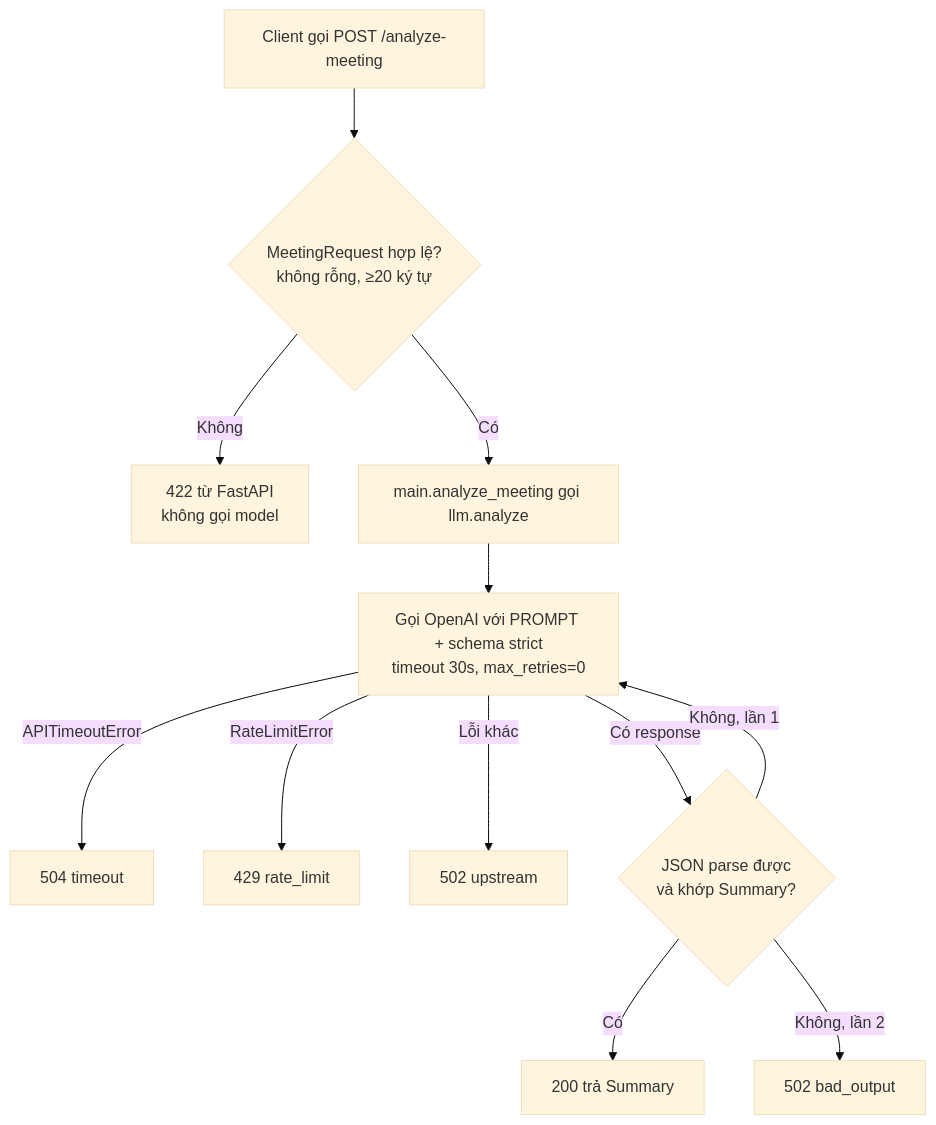
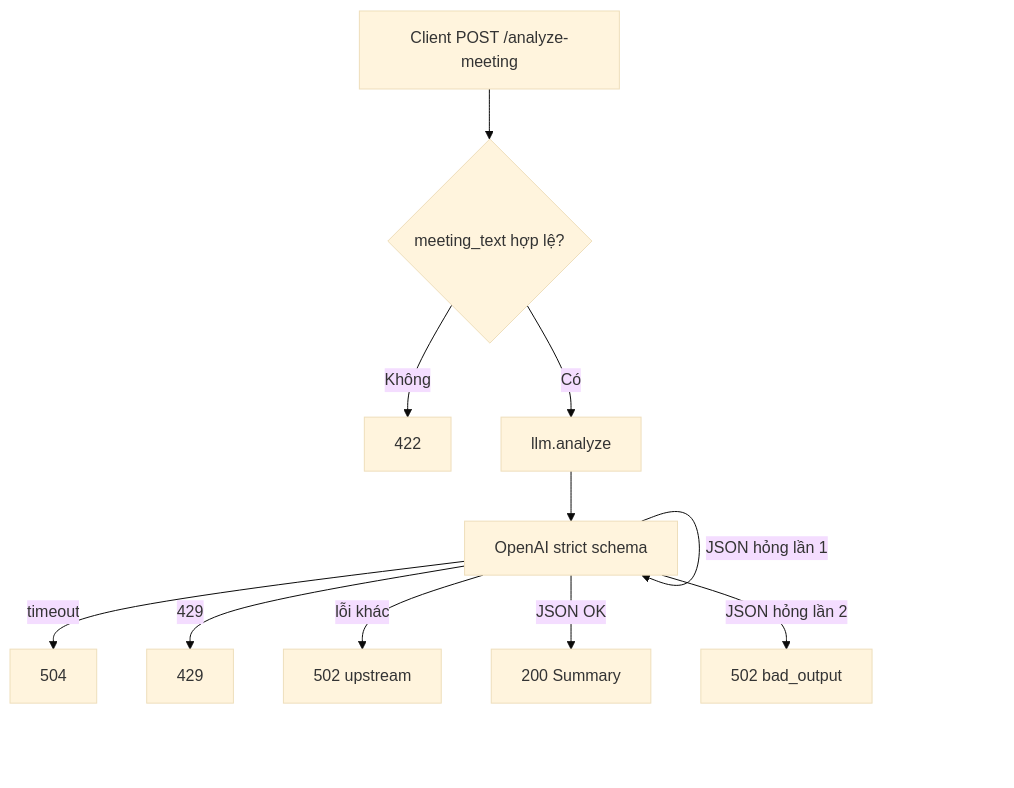
One commit to phungtran98/ai-delivery-assistant changed the diagram in evidence/w2/w2_walkthrough.md. Above: the diagram before and after it, drawn with Mermaid (base theme). The commit also changed other lines of this file and 12 other files, not shown here.

````diff
--- a/evidence/w2/w2_walkthrough.md
+++ b/evidence/w2/w2_walkthrough.md
@@ -79,14 +71,13 @@
 ```mermaid
 flowchart TD
-    A[Client gọi POST /analyze-meeting] --> B{MeetingRequest hợp lệ?<br/>không rỗng, ≥20 ký tự}
-    B -- Không --> C[422 từ FastAPI<br/>không gọi model]
-    B -- Có --> D[main.analyze_meeting gọi llm.analyze]
-    D --> E[Gọi OpenAI với PROMPT + schema strict<br/>timeout 30s, max_retries=0]
-    E -- APITimeoutError --> F1[504 timeout]
-    E -- RateLimitError --> F2[429 rate_limit]
-    E -- Lỗi khác --> F3[502 upstream]
-    E -- Có response --> G{JSON parse được<br/>và khớp Summary?}
-    G -- Có --> H[200 trả Summary]
-    G -- Không, lần 1 --> E
-    G -- Không, lần 2 --> F4[502 bad_output]
+    A[Client POST /analyze-meeting] --> B{meeting_text hợp lệ?}
+    B -- Không --> C[422]
+    B -- Có --> D[llm.analyze]
+    D --> E[OpenAI strict schema]
+    E -- timeout --> F1[504]
+    E -- 429 --> F2[429]
+    E -- lỗi khác --> F3[502 upstream]
+    E -- JSON OK --> H[200 Summary]
+    E -- JSON hỏng lần 1 --> E
+    E -- JSON hỏng lần 2 --> F4[502 bad_output]
 ```
````
